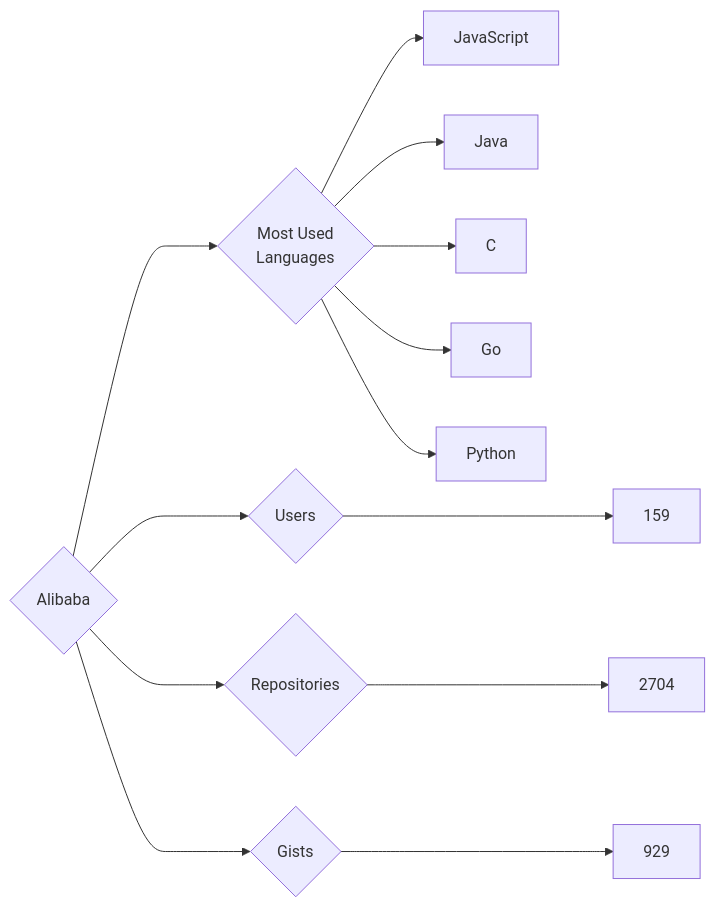
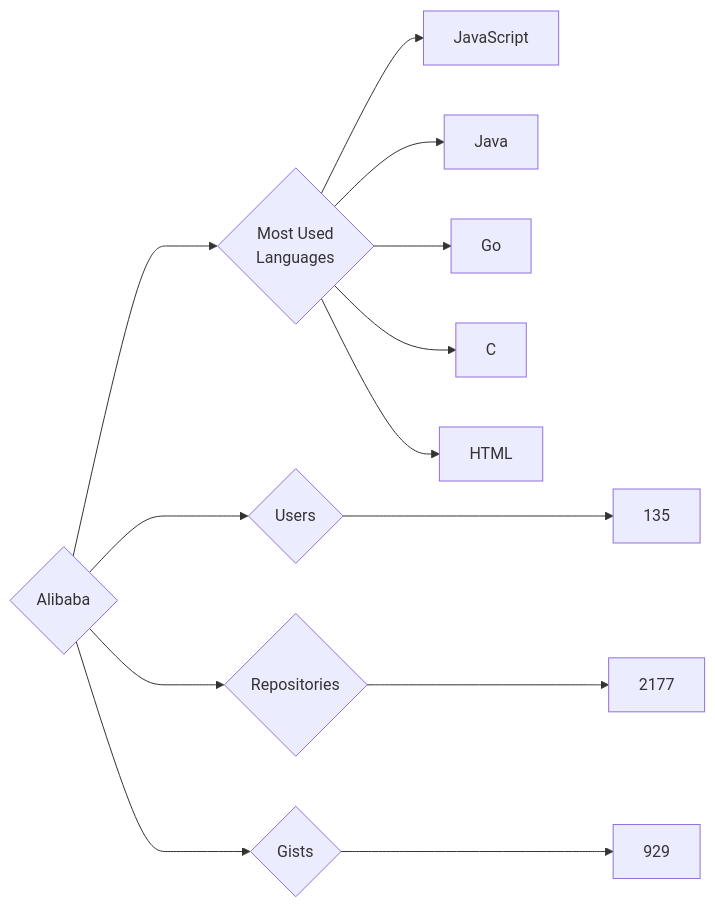
One commit to trickest/insiders changed the diagram in targets/Alibaba/README.md. Above: the diagram before and after it, drawn with Mermaid. The commit also changed 914 other files, not shown here.

````diff
--- a/targets/Alibaba/README.md
+++ b/targets/Alibaba/README.md
@@ -3,13 +3,13 @@
 ```mermaid
 graph LR
 COMPANY_NAME{Alibaba}
-COMPANY_NAME ---> U{Users} ---> UN[159]
-COMPANY_NAME ---> R{Repositories} ---> RN[2704]
+COMPANY_NAME ---> U{Users} ---> UN[135]
+COMPANY_NAME ---> R{Repositories} ---> RN[2177]
 COMPANY_NAME ---> G{Gists} ---> GN[929]
 COMPANY_NAME ---> ML{Most Used<br>Languages}
 ML --> JavaScript[JavaScript]
 ML --> Java[Java]
+ML --> Go[Go]
 ML --> C[C]
-ML --> Go[Go]
-ML --> Python[Python]
+ML --> HTML[HTML]
 ```
````
